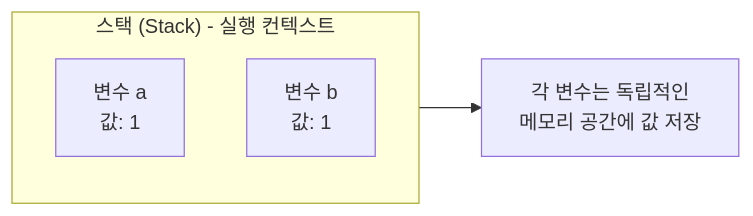
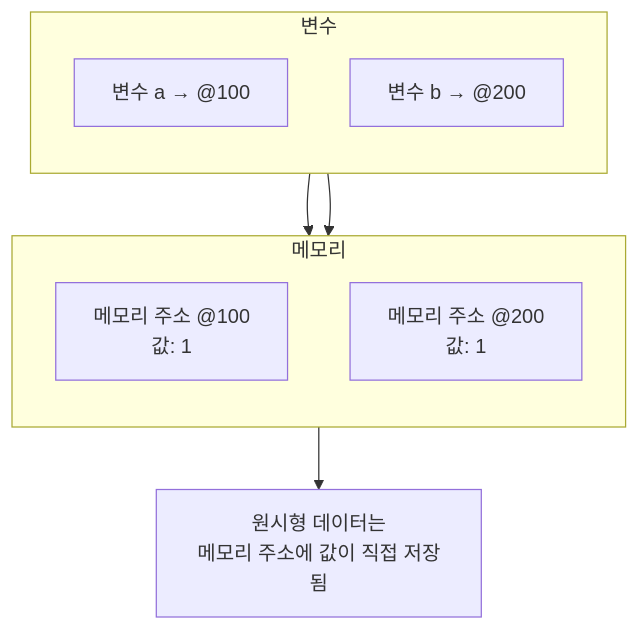
One commit to codefug/codefug.github.io changed the first of 15 diagrams in markdown/2026-01-18/ko/content.mdx. Above: the diagram before and after it, drawn with Mermaid. The commit also changed other lines of this file and 1 other file, not shown here.

Commit message:
docs: 메모리 구조 설명 간소화 및 시각화 개선

````diff
--- a/markdown/2026-01-18/ko/content.mdx
+++ b/markdown/2026-01-18/ko/content.mdx
@@ -30,12 +30,21 @@
 ```mermaid
-flowchart LR
-    subgraph Stack["스택 (Stack) - 실행 컨텍스트"]
+flowchart TB
+    subgraph Memory["메모리"]
         direction TB
-        A["변수 a<br/>값: 1"]
-        B["변수 b<br/>값: 1"]
+        A1["메모리 주소 @100<br/>값: 1"]
+        B1["메모리 주소 @200<br/>값: 1"]
     end
     
-    Note1["각 변수는 독립적인<br/>메모리 공간에 값 저장"]
+    subgraph Variables["변수"]
+        direction TB
+        A2["변수 a → @100"]
+        B2["변수 b → @200"]
+    end
     
-    Stack --> Note1
+    A2 --> A1
+    B2 --> B1
+    
+    Note1["원시형 데이터는<br/>메모리 주소에 값이 직접 저장됨"]
+    
+    Memory --> Note1
 ```
````
